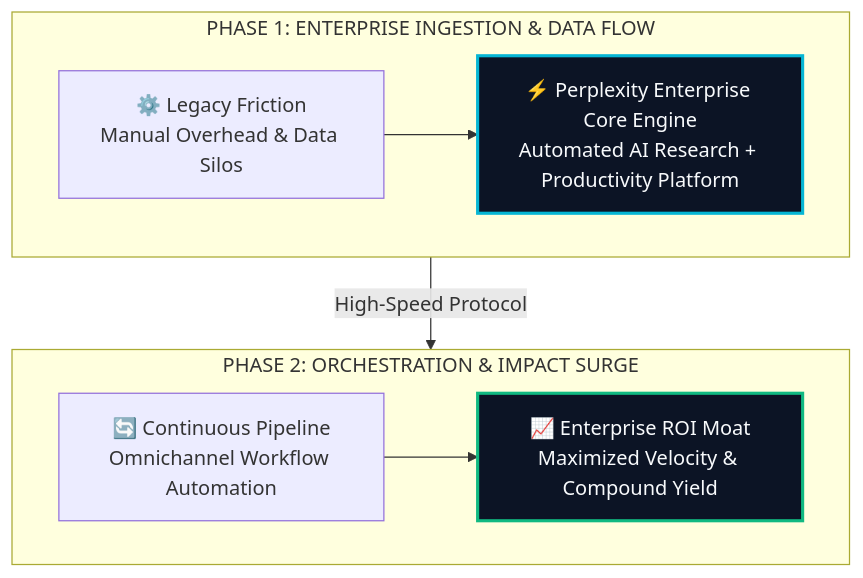
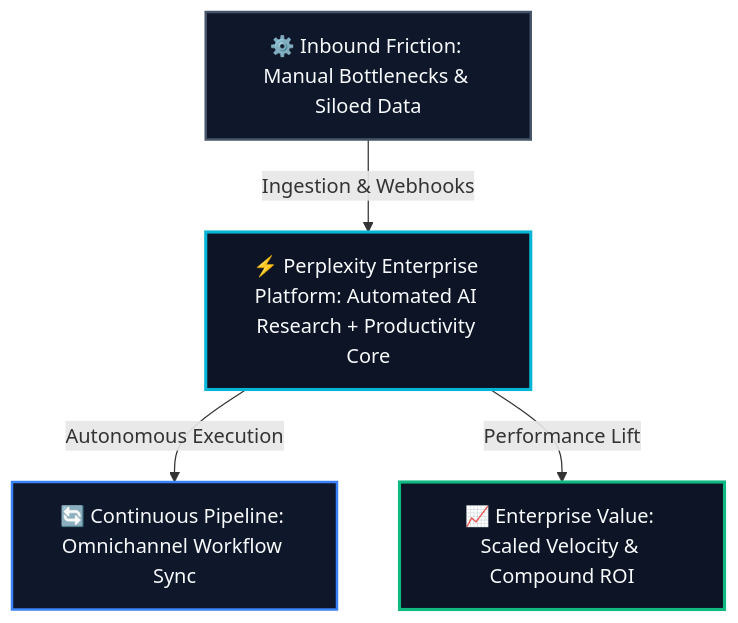
Before and after one commit to heliatech-media/saas-radar: the diagram in site/src/content/blog/perplexity-enterprise-evolution-guide-2026.md, drawn with Mermaid. The commit also changed 93 other files, not shown here.

First line of the commit message:
fix(diagrams): resolve dagre-d3 subgraph collision by migrating to balanced 3-tier Hub & Spoke architecture

````diff
--- a/site/src/content/blog/perplexity-enterprise-evolution-guide-2026.md
+++ b/site/src/content/blog/perplexity-enterprise-evolution-guide-2026.md
@@ -62,14 +62,14 @@
 ```mermaid
 flowchart TD
-    subgraph S1["PHASE 1: ENTERPRISE INGESTION & DATA FLOW"]
-        direction LR
-        A["⚙️ Legacy Friction<br/>Manual Overhead & Data Silos"] --> B["⚡ Perplexity Enterprise Core Engine<br/>Automated AI Research + Productivity Platform"]
-    end
-    subgraph S2["PHASE 2: ORCHESTRATION & IMPACT SURGE"]
-        direction LR
-        C["🔄 Continuous Pipeline<br/>Omnichannel Workflow Automation"] --> D["📈 Enterprise ROI Moat<br/>Maximized Velocity & Compound Yield"]
-    end
-    S1 -->|High-Speed Protocol| S2
-    style B fill:#0c1425,stroke:#06b6d4,stroke-width:2.5px,color:#f8fafc
-    style D fill:#0c1425,stroke:#10b981,stroke-width:2.5px,color:#f8fafc
+    Inp["⚙️ Inbound Friction: Manual Bottlenecks & Siloed Data"]
+    Eng["⚡ Perplexity Enterprise Platform: Automated AI Research + Productivity Core"]
+    Out1["🔄 Continuous Pipeline: Omnichannel Workflow Sync"]
+    Out2["📈 Enterprise Value: Scaled Velocity & Compound ROI"]
+    Inp -->|Ingestion & Webhooks| Eng
+    Eng -->|Autonomous Execution| Out1
+    Eng -->|Performance Lift| Out2
+    style Inp fill:#0f172a,stroke:#475569,stroke-width:2px,color:#f8fafc
+    style Eng fill:#0c1425,stroke:#06b6d4,stroke-width:2.5px,color:#f8fafc
+    style Out1 fill:#0f172a,stroke:#3b82f6,stroke-width:2px,color:#f8fafc
+    style Out2 fill:#0c1425,stroke:#10b981,stroke-width:2.5px,color:#f8fafc
 ```
````
